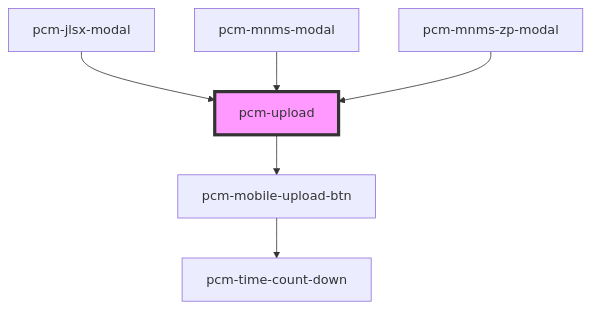
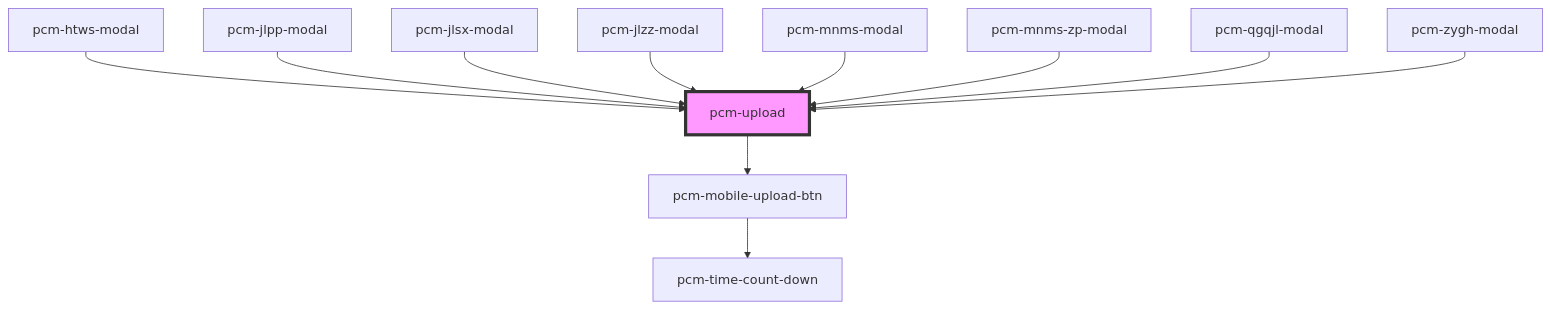
One commit to Pincaimao/pcm-agents-sdk changed the diagram in packages/pcm-agents/docs/components/pcm-upload/readme.md. Above: the diagram before and after it, drawn with Mermaid. The commit also changed other lines of this file and 20 other files, not shown here.

````diff
--- a/packages/pcm-agents/docs/components/pcm-upload/readme.md
+++ b/packages/pcm-agents/docs/components/pcm-upload/readme.md
@@ -62,9 +68,14 @@
 ```mermaid
 graph TD;
   pcm-upload --> pcm-mobile-upload-btn
   pcm-mobile-upload-btn --> pcm-time-count-down
+  pcm-htws-modal --> pcm-upload
+  pcm-jlpp-modal --> pcm-upload
   pcm-jlsx-modal --> pcm-upload
+  pcm-jlzz-modal --> pcm-upload
   pcm-mnms-modal --> pcm-upload
   pcm-mnms-zp-modal --> pcm-upload
+  pcm-qgqjl-modal --> pcm-upload
+  pcm-zygh-modal --> pcm-upload
   style pcm-upload fill:#f9f,stroke:#333,stroke-width:4px
 ```
````
